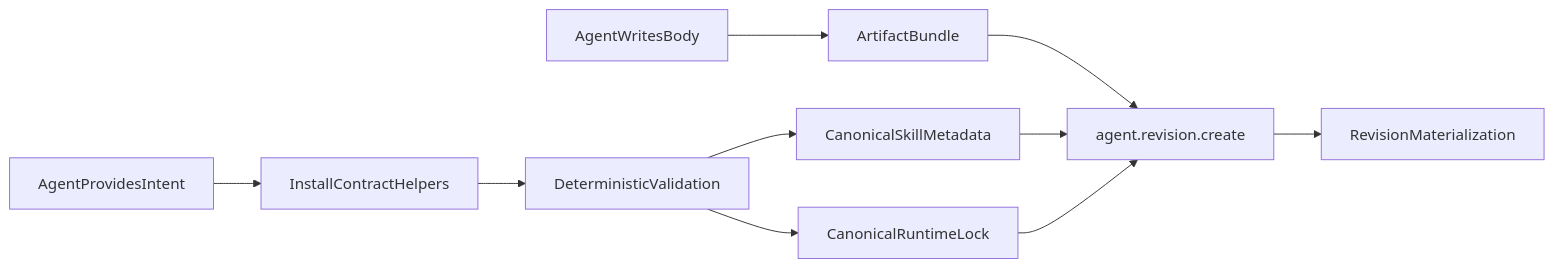
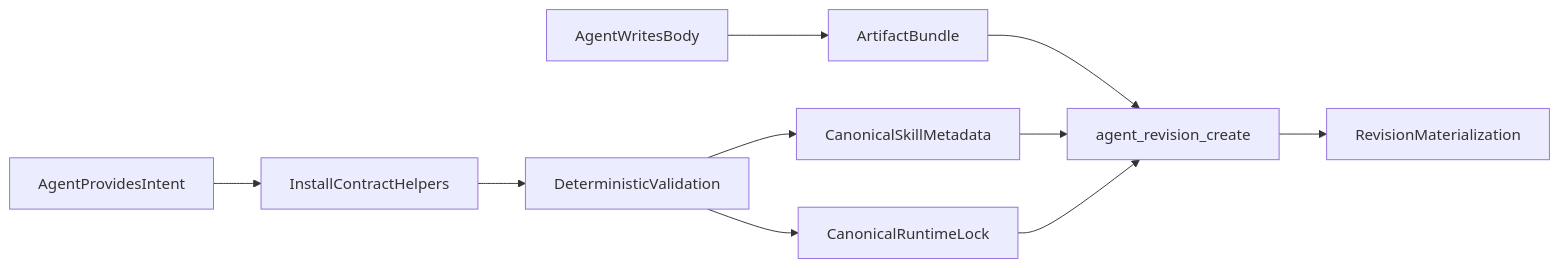
One commit to mandubian/autonoetic changed the diagram in docs/archived/plan-agent-install-hybrid-canonicalization.md. Above: the diagram before and after it, drawn with Mermaid. The commit also changed other lines of this file and 172 other files, not shown here.

````diff
--- a/docs/archived/plan-agent-install-hybrid-canonicalization.md
+++ b/docs/archived/plan-agent-install-hybrid-canonicalization.md
@@ -162,22 +162,22 @@
 ```mermaid
 flowchart LR
     agentBody[AgentWritesBody]
     agentIntent[AgentProvidesIntent]
     bundle[ArtifactBundle]
     installContract[InstallContractHelpers]
     validate[DeterministicValidation]
     canonicalSkill[CanonicalSkillMetadata]
     canonicalLock[CanonicalRuntimeLock]
-    revisionCreate[agent.revision.create]
+    revisionCreate[agent_revision_create]
     revisionDir[RevisionMaterialization]
 
     agentBody --> bundle
     agentIntent --> installContract
     bundle --> revisionCreate
     installContract --> validate
     validate --> canonicalSkill
     validate --> canonicalLock
     canonicalSkill --> revisionCreate
     canonicalLock --> revisionCreate
     revisionCreate --> revisionDir
 ```
````
